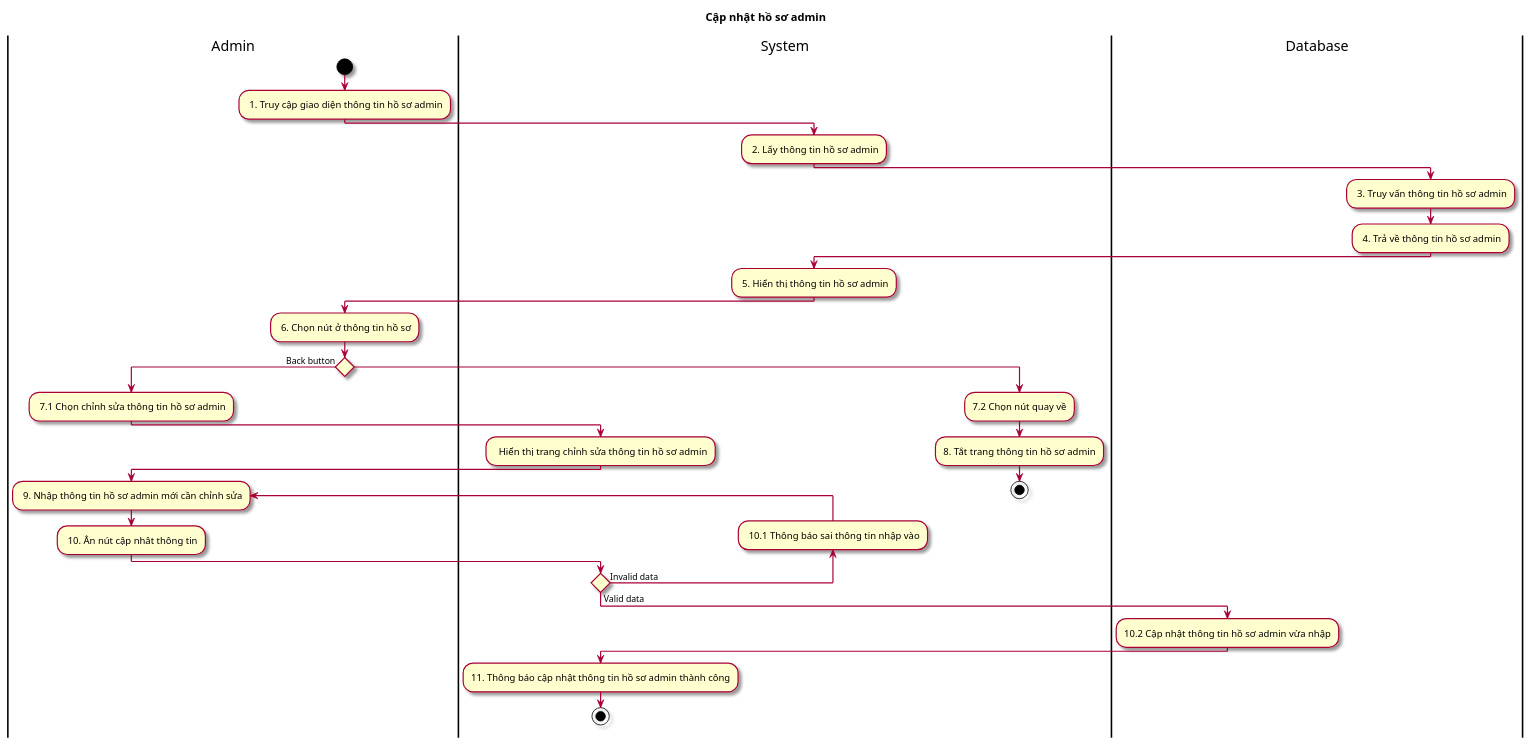
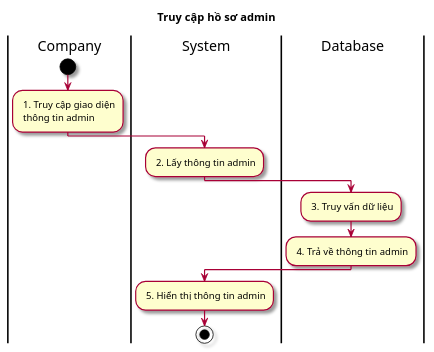
One commit to Griselda4774/EAS-EmploymentAssistanceSystem changed the diagram in Lab1/Lab 1.2 Diagram/Activity/FileUML/7.1 ActTruyCapHoSoAdmin.puml. Above: the diagram before and after it, drawn with PlantUML. The commit also changed other lines of this file and 12 other files, not shown here.

```diff
--- a/Lab1/Lab 1.2 Diagram/Activity/FileUML/7.1 ActTruyCapHoSoAdmin.puml
+++ b/Lab1/Lab 1.2 Diagram/Activity/FileUML/7.1 ActTruyCapHoSoAdmin.puml
@@ -1,37 +1,15 @@
-@startuml ActQuanLyHoSoAdmin
-title Cập nhật hồ sơ admin
+@startuml ActTruyCapHoSoCongTy
 skin rose
-|Admin|
+title Truy cập hồ sơ admin
+|Company|
 start
-: 1. Truy cập giao diện thông tin hồ sơ admin;
+: 1. Truy cập giao diện\n thông tin admin;
 |System|
-: 2. Lấy thông tin hồ sơ admin;
+: 2. Lấy thông tin admin;
 |Database|
-: 3. Truy vấn thông tin hồ sơ admin;
-: 4. Trả về thông tin hồ sơ admin;
+: 3. Truy vấn dữ liệu;
+: 4. Trả về thông tin admin;
 |System|
-: 5. Hiển thị thông tin hồ sơ admin;
-|Admin|
-: 6. Chọn nút ở thông tin hồ sơ;
-if () then (Back button)
-|Admin|
-: 7.1 Chọn chỉnh sửa thông tin hồ sơ admin;
-|System|
-:  Hiển thị trang chỉnh sửa thông tin hồ sơ admin;
-|Admin|
-repeat: 9. Nhập thông tin hồ sơ admin mới cần chỉnh sửa;
-: 10. Ân nút cập nhât thông tin;
-|System|
-backward : 10.1 Thông báo sai thông tin nhập vào;
-repeat while () is (Invalid data) not (Valid data)
-|Database|
-:10.2 Cập nhật thông tin hồ sơ admin vừa nhập;
-|System|
-:11. Thông báo cập nhật thông tin hồ sơ admin thành công;
-stop
-else
-:7.2 Chọn nút quay về;
-|System|
-:8. Tắt trang thông tin hồ sơ admin;
+: 5. Hiển thị thông tin admin;
 stop
 @enduml
```
